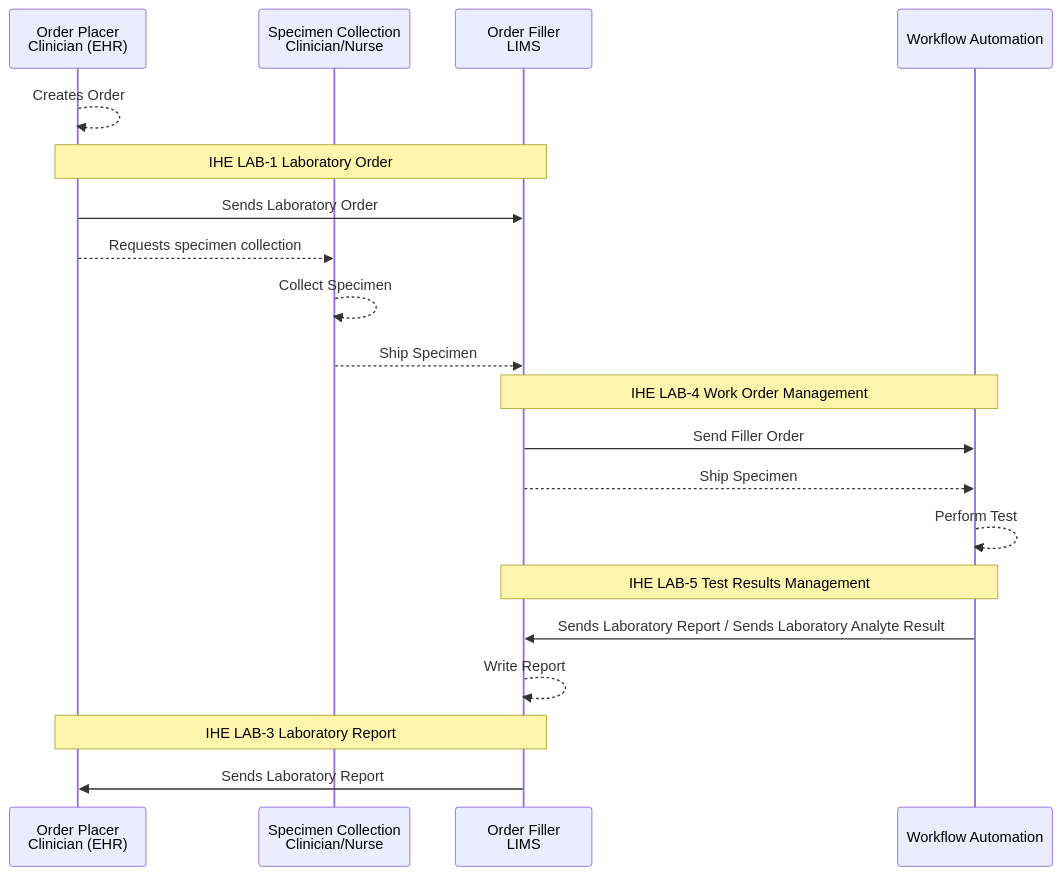
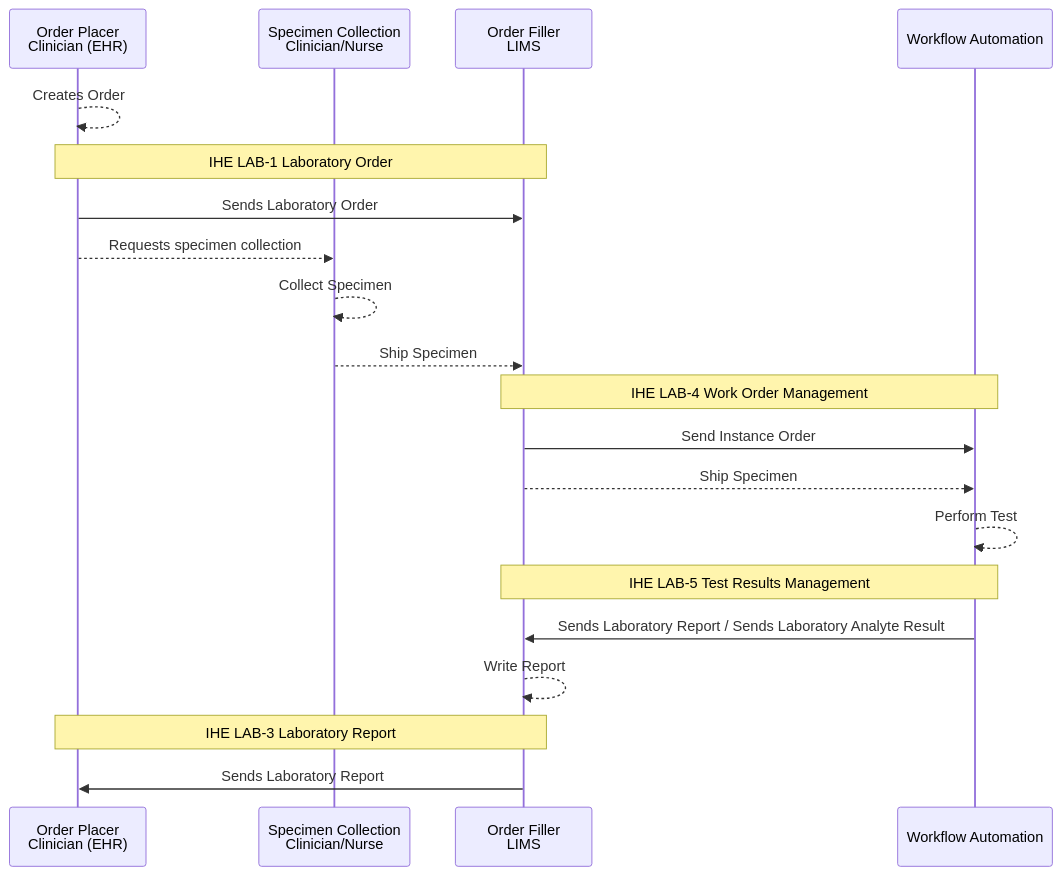
Before and after one commit to nw-gmsa/nw-gmsa.github.com: diagram 12 of 15 in input/pagecontent/LTW.md, drawn with Mermaid. The commit also changed other lines of this file and 3 other files, not shown here.

First line of the commit message:
Rename LAB-4 filler order to instance order, split Original/Instance/Filler heading

````diff
--- a/input/pagecontent/LTW.md
+++ b/input/pagecontent/LTW.md
@@ -470,27 +470,27 @@
 ```mermaid
 sequenceDiagram
     participant clinician as Order Placer<br/>Clinician (EHR)
     participant nurse as Specimen Collection<br/>Clinician/Nurse
     participant LIMS as Order Filler<br/>LIMS 
     participant Sub as Workflow Automation
 
     clinician -->> clinician: Creates Order
     note over clinician,LIMS: IHE LAB-1 Laboratory Order
     clinician ->> LIMS: Sends Laboratory Order
     clinician -->> nurse: Requests specimen collection
     nurse -->> nurse: Collect Specimen
     nurse -->> LIMS: Ship Specimen
 
     note over LIMS,Sub: IHE LAB-4 Work Order Management
-    LIMS ->> Sub: Send Filler Order
+    LIMS ->> Sub: Send Instance Order
     LIMS -->> Sub: Ship Specimen
     Sub -->> Sub : Perform Test
 
     note over LIMS,Sub: IHE LAB-5 Test Results Management
     Sub ->> LIMS: Sends Laboratory Report / Sends Laboratory Analyte Result
  
     LIMS -->> LIMS: Write Report
  
     note over clinician,LIMS: IHE LAB-3 Laboratory Report
     LIMS ->> clinician: Sends Laboratory Report
 ```
````
